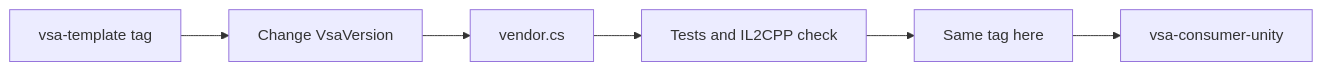
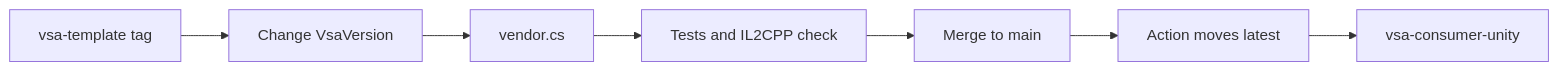
The diagram in README.md (MgCohen/vsa-unity), drawn with Mermaid before and after one commit. The commit also changed other lines of this file and 2 other files, not shown here.

First line of the commit message:
Move the tag latest on each push to main

````diff
--- a/README.md
+++ b/README.md
@@ -39,8 +41,9 @@
 ```mermaid
 flowchart LR
     T[vsa-template tag] --> V[Change VsaVersion]
     V --> D[vendor.cs]
     D --> C[Tests and IL2CPP check]
-    C --> G[Same tag here]
-    G --> U[vsa-consumer-unity]
+    C --> M[Merge to main]
+    M --> L[Action moves latest]
+    L --> U[vsa-consumer-unity]
 ```
````
